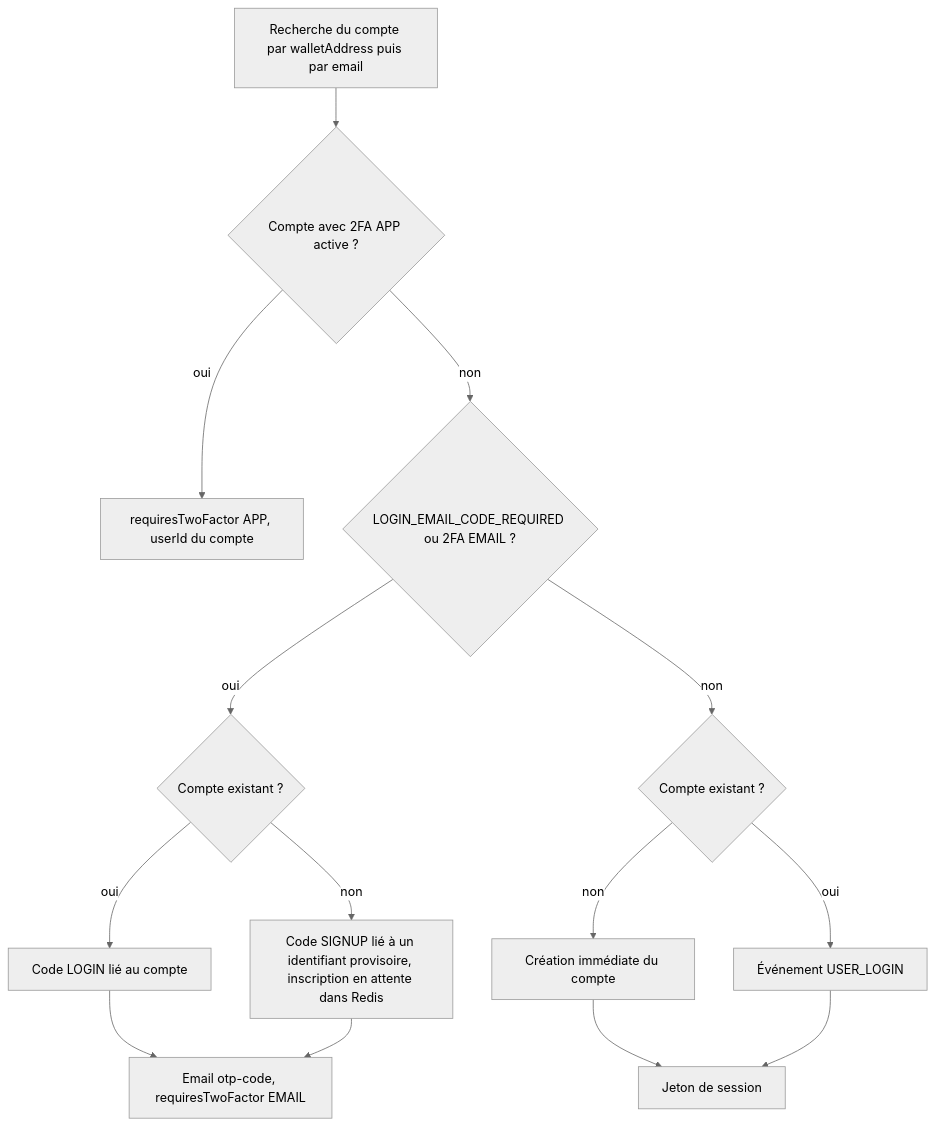
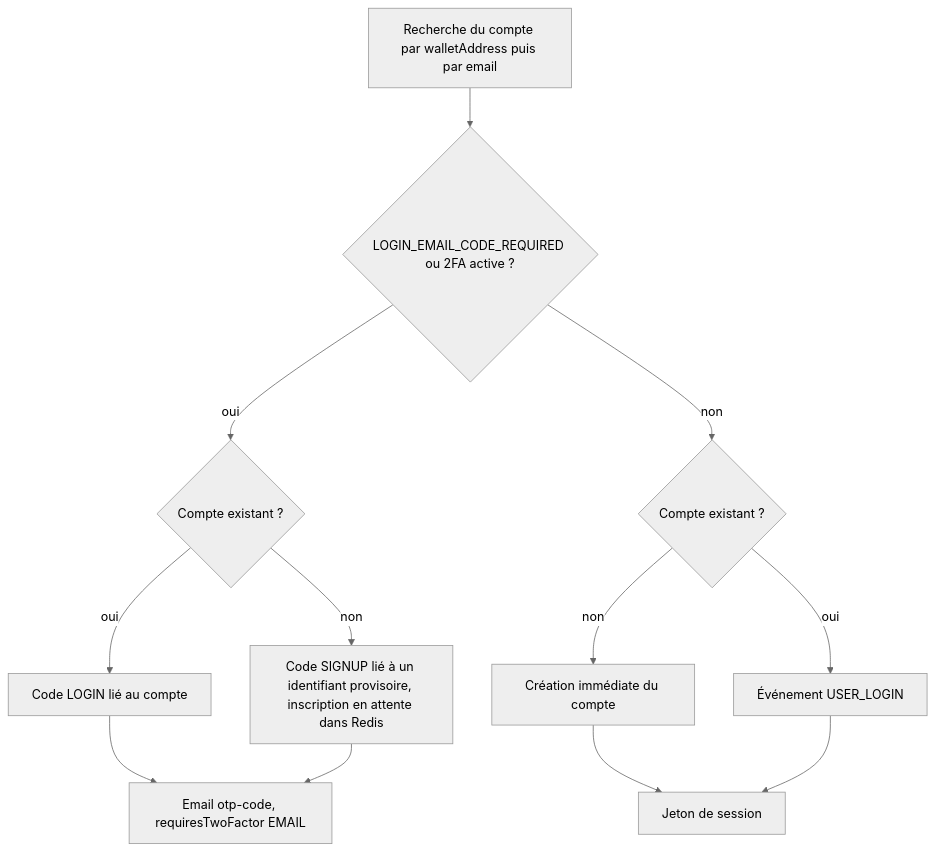
Before and after one commit to MarceauTDML/BlockLucky: the diagram in documentation-officielle/content/backend/modules/auth.md, drawn with Mermaid (neutral theme). The commit also changed other lines of this file and 402 other files, not shown here.

````diff
--- a/documentation-officielle/content/backend/modules/auth.md
+++ b/documentation-officielle/content/backend/modules/auth.md
@@ -217,16 +218,14 @@
 ```mermaid
 flowchart TD
-    A["Recherche du compte par walletAddress puis par email"] --> B{"Compte avec 2FA APP active ?"}
-    B -- oui --> B1["requiresTwoFactor APP, userId du compte"]
-    B -- non --> C{"LOGIN_EMAIL_CODE_REQUIRED ou 2FA EMAIL ?"}
+    A["Recherche du compte par walletAddress puis par email"] --> C{"LOGIN_EMAIL_CODE_REQUIRED ou 2FA active ?"}
     C -- oui --> D{"Compte existant ?"}
     D -- oui --> D1["Code LOGIN lié au compte"]
     D -- non --> D2["Code SIGNUP lié à un identifiant provisoire, inscription en attente dans Redis"]
     D1 --> E["Email otp-code, requiresTwoFactor EMAIL"]
     D2 --> E
     C -- non --> F{"Compte existant ?"}
     F -- non --> F1["Création immédiate du compte"]
     F -- oui --> F2["Événement USER_LOGIN"]
     F1 --> G["Jeton de session"]
     F2 --> G
 ```
````
